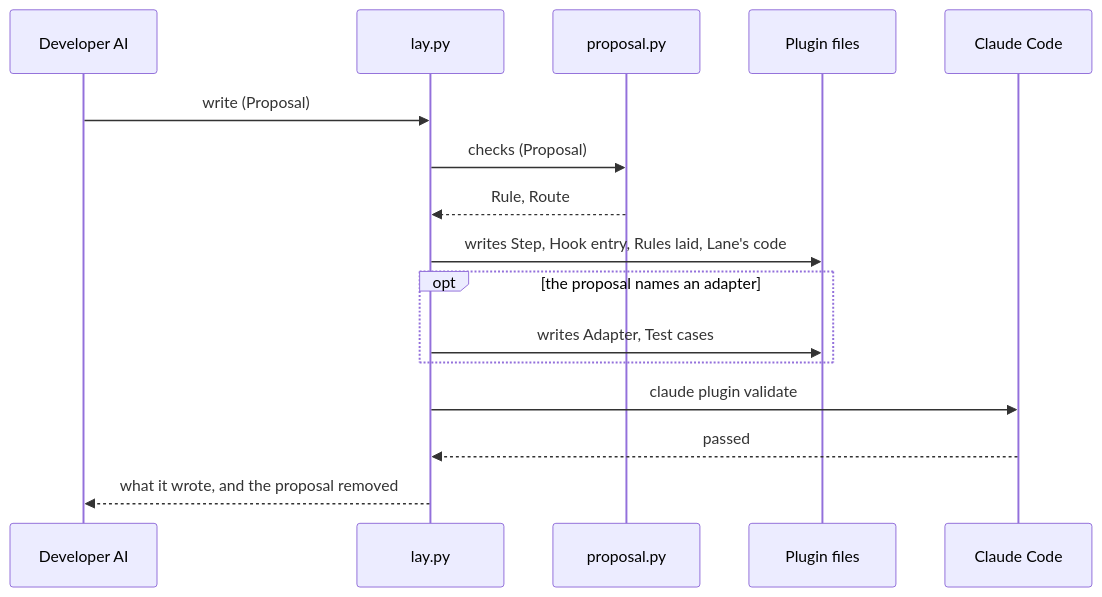
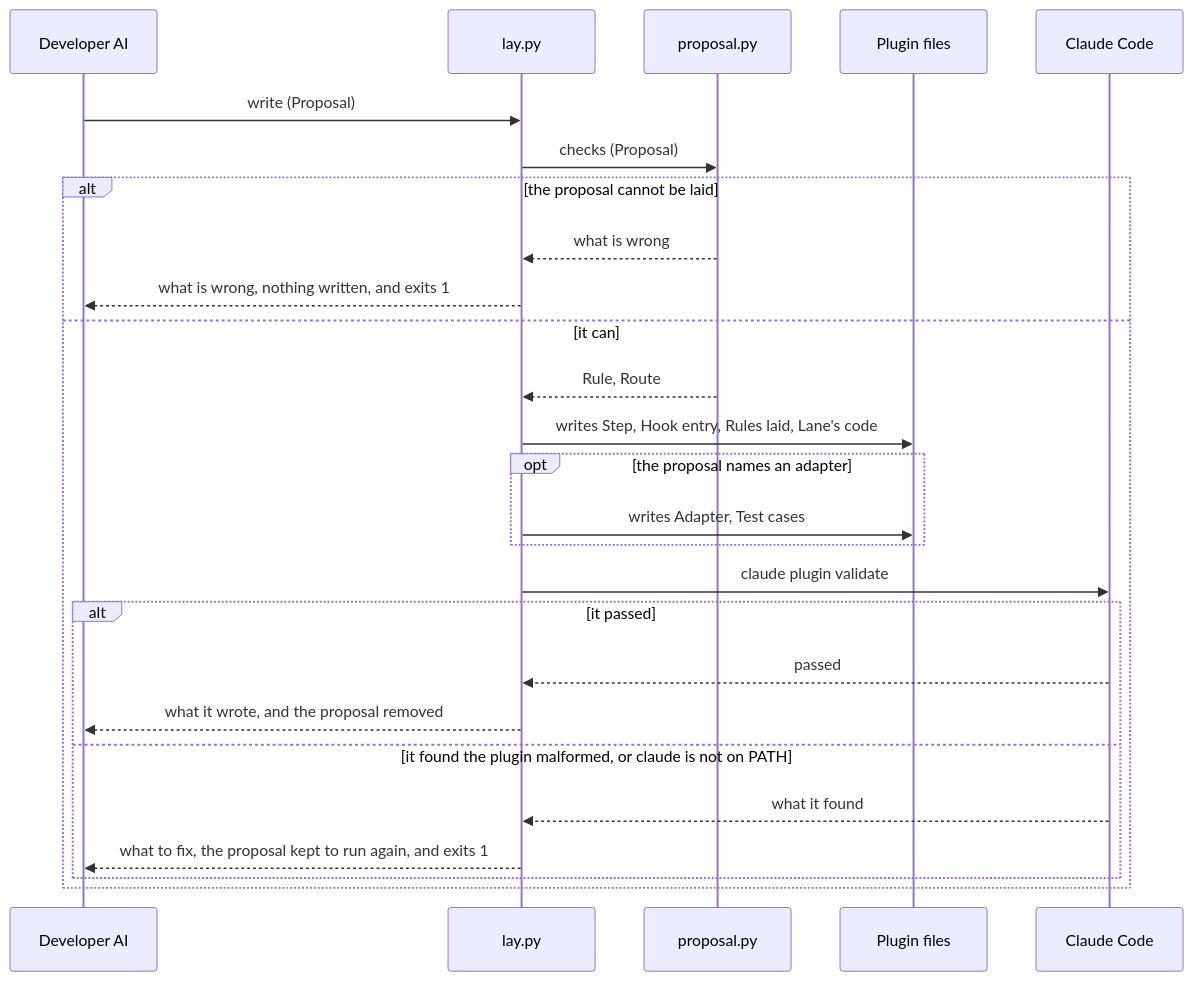
The second of 7 diagrams in dev/lane/architecture.md (lovaizu/ccpm), drawn with Mermaid before and after one commit. The commit also changed other lines of this file and 4 other files, not shown here.

````diff
--- a/dev/lane/architecture.md
+++ b/dev/lane/architecture.md
@@ -206,18 +211,28 @@
 ```mermaid
 sequenceDiagram
   participant DA as Developer AI
   participant L as lay.py
   participant P as proposal.py
   participant PF as Plugin files
   participant CC as Claude Code
   DA->>L: write (Proposal)
   L->>P: checks (Proposal)
-  P-->>L: Rule, Route
-  L->>PF: writes Step, Hook entry, Rules laid, Lane's code
-  opt the proposal names an adapter
-    L->>PF: writes Adapter, Test cases
+  alt the proposal cannot be laid
+    P-->>L: what is wrong
+    L-->>DA: what is wrong, nothing written, and exits 1
+  else it can
+    P-->>L: Rule, Route
+    L->>PF: writes Step, Hook entry, Rules laid, Lane's code
+    opt the proposal names an adapter
+      L->>PF: writes Adapter, Test cases
+    end
+    L->>CC: claude plugin validate
+    alt it passed
+      CC-->>L: passed
+      L-->>DA: what it wrote, and the proposal removed
+    else it found the plugin malformed, or claude is not on PATH
+      CC-->>L: what it found
+      L-->>DA: what to fix, the proposal kept to run again, and exits 1
+    end
   end
-  L->>CC: claude plugin validate
-  CC-->>L: passed
-  L-->>DA: what it wrote, and the proposal removed
 ```
````
